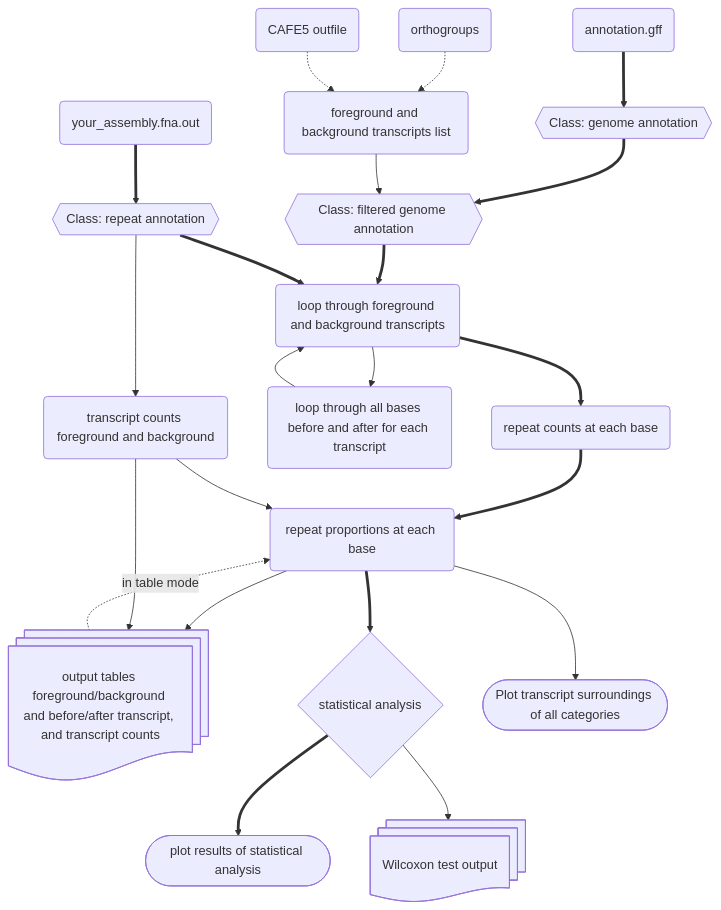
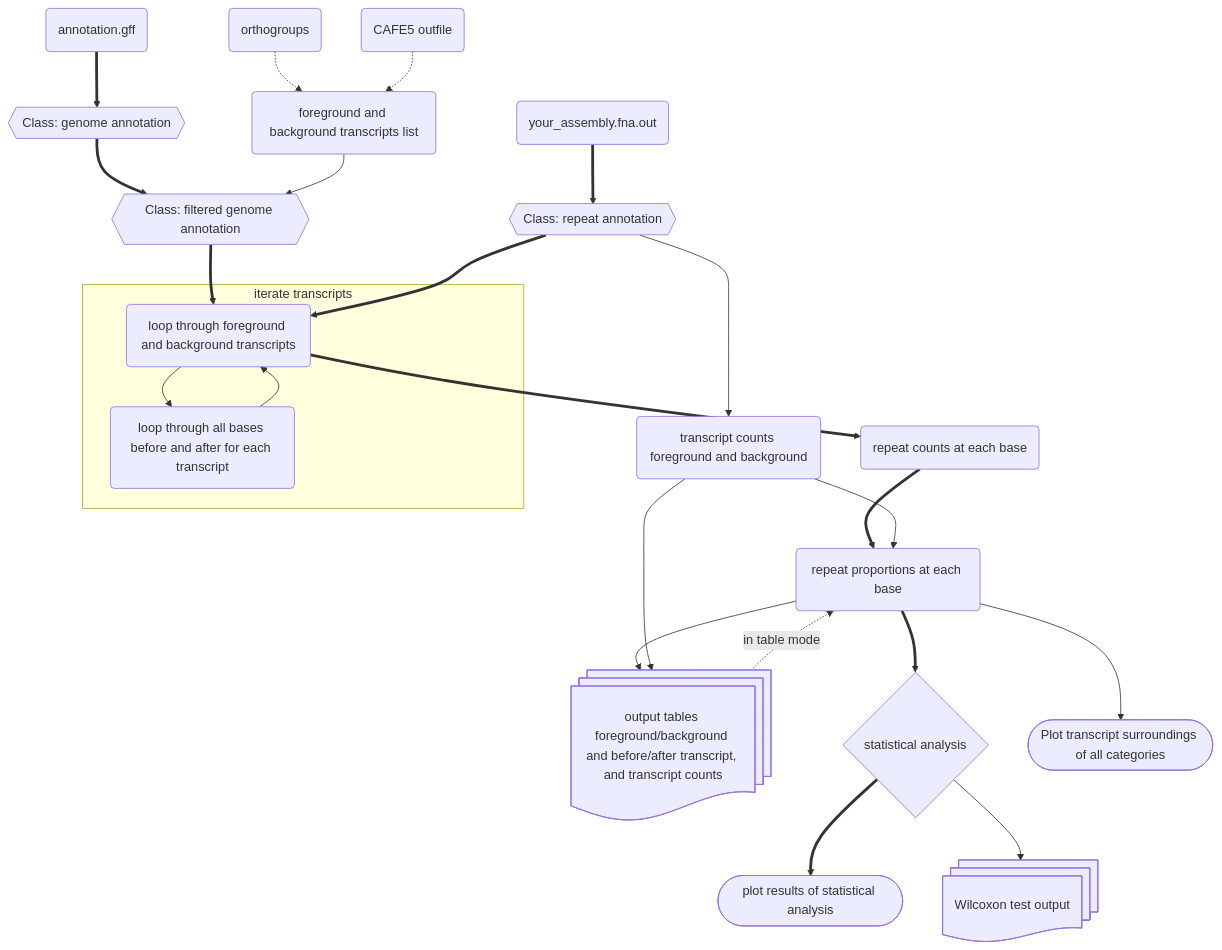
One commit to milena-t/ReVis changed the second of 2 diagrams in README.md. Above: the diagram before and after it, drawn with Mermaid.

````diff
--- a/README.md
+++ b/README.md
@@ -269,40 +269,42 @@
 ```mermaid
 graph TD;
     infile_out(your_assembly.fna.out);
     infile_out ==> rep_annot{{Class: repeat annotation}};
     rep_annot --> tr_count(transcript counts foreground and background);
 
     infile_annot(annotation.gff);
     infile_annot ==> gene_annot{{Class: genome annotation}};
 
     OGs(orthogroups);
     CAFE(CAFE5 outfile);
 
     OGs -.-> tr_list(foreground and background transcripts list);
     CAFE -.-> tr_list
 
     gene_annot ==> filt_gene_annot{{Class: filtered genome annotation}};
     tr_list --> filt_gene_annot
     
     filt_gene_annot ==> loop_tr(loop through foreground and background transcripts);
     rep_annot ==> loop_tr
     loop_bp(loop through all bases before and after for each transcript);
     
+    subgraph iterate transcripts
     loop_tr --> loop_bp
     loop_bp --> loop_tr
+    end
 
     loop_tr ==> rep_counts(repeat counts at each base);
     rep_counts ==> rep_prop(repeat proportions at each base);
     tr_count --> rep_prop
 
     rep_prop --> out_tab@{ shape: docs, label: "output tables foreground/background and before/after transcript, and transcript counts" };
     tr_count --> out_tab
 
     rep_prop ==> stats{statistical analysis};
     rep_prop --> plot_all([Plot transcript surroundings of all categories])
 
     stats ==> stats_out([plot results of statistical analysis]) 
     stats --> stats_tab@{ shape: docs, label: "Wilcoxon test output" };
 
     out_tab -. in table mode .-> rep_prop
 ```   
````
